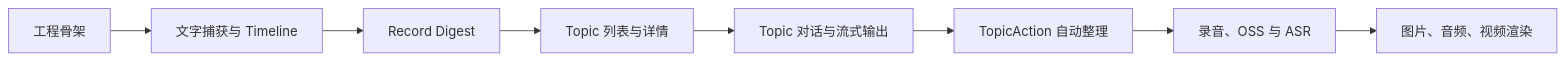
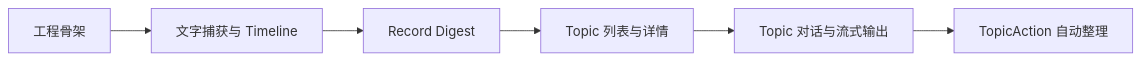
The fifth of 5 diagrams in docs/README.md (huiru-wang/eiko), drawn with Mermaid before and after one commit. The commit also changed other lines of this file and 71 other files, not shown here.

````diff
--- a/docs/README.md
+++ b/docs/README.md
@@ -668,10 +596,8 @@
 ```mermaid
 flowchart LR
     A["工程骨架"] --> B["文字捕获与 Timeline"]
     B --> C["Record Digest"]
     C --> D["Topic 列表与详情"]
     D --> E["Topic 对话与流式输出"]
     E --> F["TopicAction 自动整理"]
-    F --> G["录音、OSS 与 ASR"]
-    G --> H["图片、音频、视频渲染"]
 ```
````
